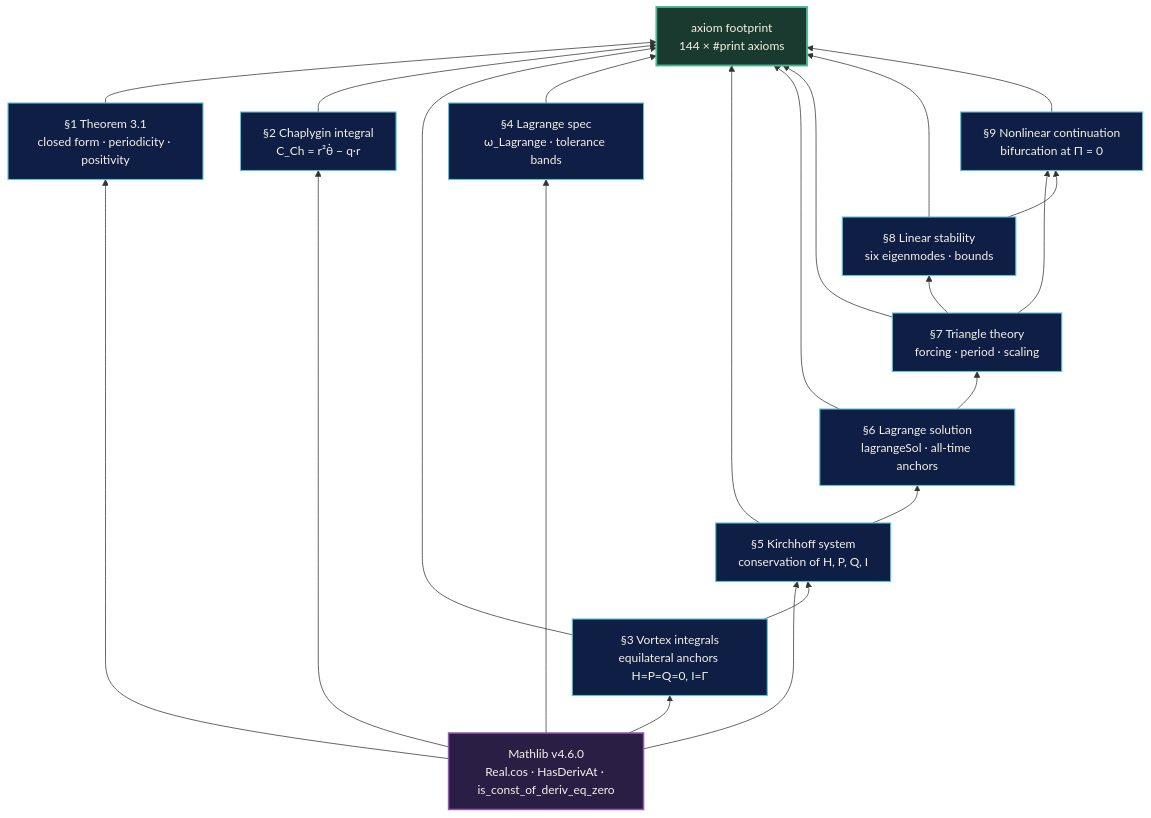
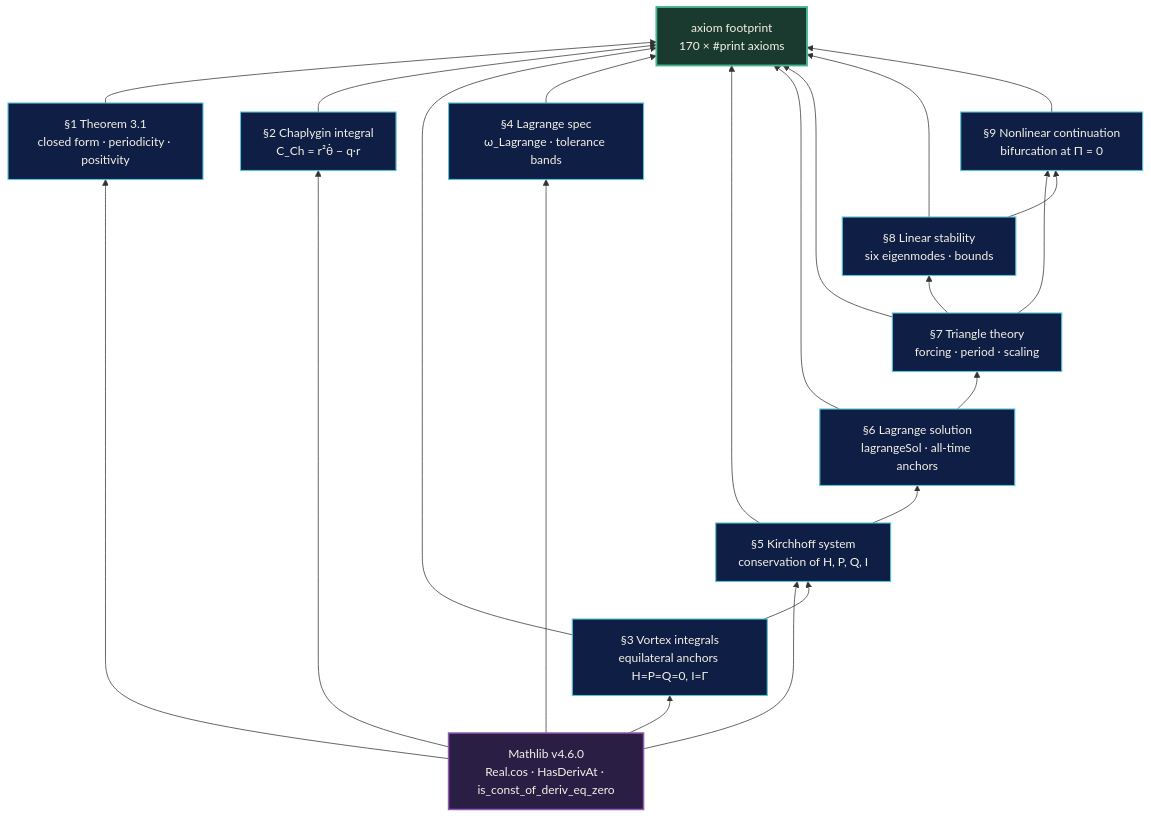
Before and after one commit to wild8highlander/Trivortex: the second of 5 diagrams in verification/lean4/README.md, drawn with Mermaid. The commit also changed other lines of this file and 42 other files, not shown here.

````diff
--- a/verification/lean4/README.md
+++ b/verification/lean4/README.md
@@ -282,25 +283,25 @@
 ```mermaid
 flowchart BT
     M["Mathlib v4.6.0<br/>Real.cos · HasDerivAt · is_const_of_deriv_eq_zero"]:::m
     S1["§1 Theorem 3.1<br/>closed form · periodicity · positivity"]:::s
     S2["§2 Chaplygin integral<br/>C_Ch = r²θ̇ − q·r"]:::s
     S3["§3 Vortex integrals<br/>equilateral anchors H=P=Q=0, I=Γ"]:::s
     S4["§4 Lagrange spec<br/>ω_Lagrange · tolerance bands"]:::s
     S5["§5 Kirchhoff system<br/>conservation of H, P, Q, I"]:::s
     S6["§6 Lagrange solution<br/>lagrangeSol · all-time anchors"]:::s
     S7["§7 Triangle theory<br/>forcing · period · scaling"]:::s
     S8["§8 Linear stability<br/>six eigenmodes · bounds"]:::s
     S9["§9 Nonlinear continuation<br/>bifurcation at Π = 0"]:::s
-    FOOT["axiom footprint<br/>144 × #print axioms"]:::f
+    FOOT["axiom footprint<br/>170 × #print axioms"]:::f
 
     M --> S1 & S2 & S3 & S4 & S5
     S3 --> S5
     S5 --> S6
     S6 --> S7 --> S8
     S7 --> S9
     S8 --> S9
     S1 & S2 & S3 & S4 & S5 & S6 & S7 & S8 & S9 --> FOOT
     classDef m fill:#2A1E45,stroke:#9558B2,stroke-width:2px,color:#F5F1E6
     classDef s fill:#0E1E45,stroke:#59C2D6,stroke-width:1.5px,color:#F5F1E6
     classDef f fill:#1A3A2F,stroke:#43B78D,stroke-width:2.5px,color:#F5F1E6
 ```
````
